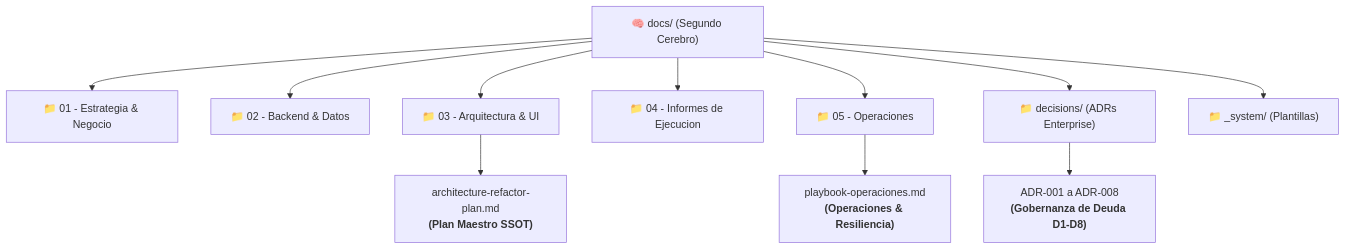
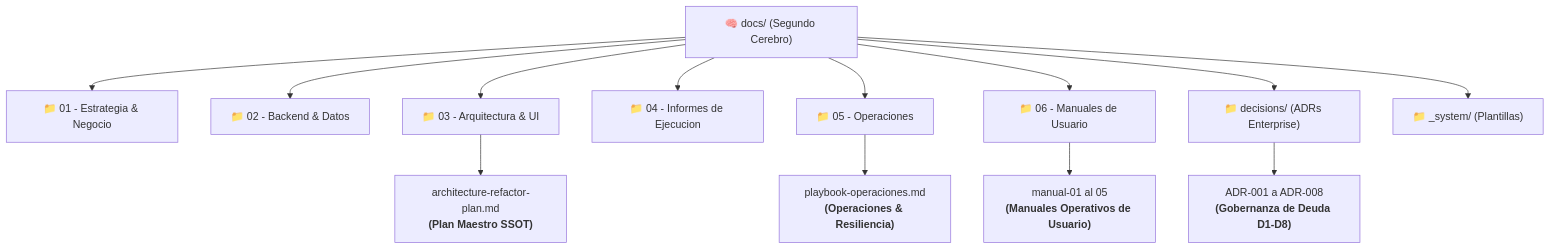
One commit to Proyecto-Postre/Fullstack-dulcefe changed the diagram in docs/README.md. Above: the diagram before and after it, drawn with Mermaid. The commit also changed other lines of this file and 2 other files, not shown here.

Commit message:
docs: update second brain indices with user manuals and delivery schema

````diff
--- a/docs/README.md
+++ b/docs/README.md
@@ -9,24 +9,27 @@
 ```mermaid
 graph TD
     Root["🧠 docs/ (Segundo Cerebro)"]
     
     C1["📁 01 - Estrategia & Negocio"]
     C2["📁 02 - Backend & Datos"]
     C3["📁 03 - Arquitectura & UI"]
     C4["📁 04 - Informes de Ejecucion"]
     C5["📁 05 - Operaciones"]
-    C6["📁 decisions/ (ADRs Enterprise)"]
-    C7["📁 _system/ (Plantillas)"]
+    C6["📁 06 - Manuales de Usuario"]
+    C7["📁 decisions/ (ADRs Enterprise)"]
+    C8["📁 _system/ (Plantillas)"]
     
     Root --> C1
     Root --> C2
     Root --> C3
     Root --> C4
     Root --> C5
     Root --> C6
     Root --> C7
+    Root --> C8
 
     C3 --> ArchPlan["architecture-refactor-plan.md<br/><b>(Plan Maestro SSOT)</b>"]
     C5 --> Playbook["playbook-operaciones.md<br/><b>(Operaciones & Resiliencia)</b>"]
-    C6 --> ADRs["ADR-001 a ADR-008<br/><b>(Gobernanza de Deuda D1-D8)</b>"]
+    C6 --> Manuales["manual-01 al 05<br/><b>(Manuales Operativos de Usuario)</b>"]
+    C7 --> ADRs["ADR-001 a ADR-008<br/><b>(Gobernanza de Deuda D1-D8)</b>"]
 ```
````
